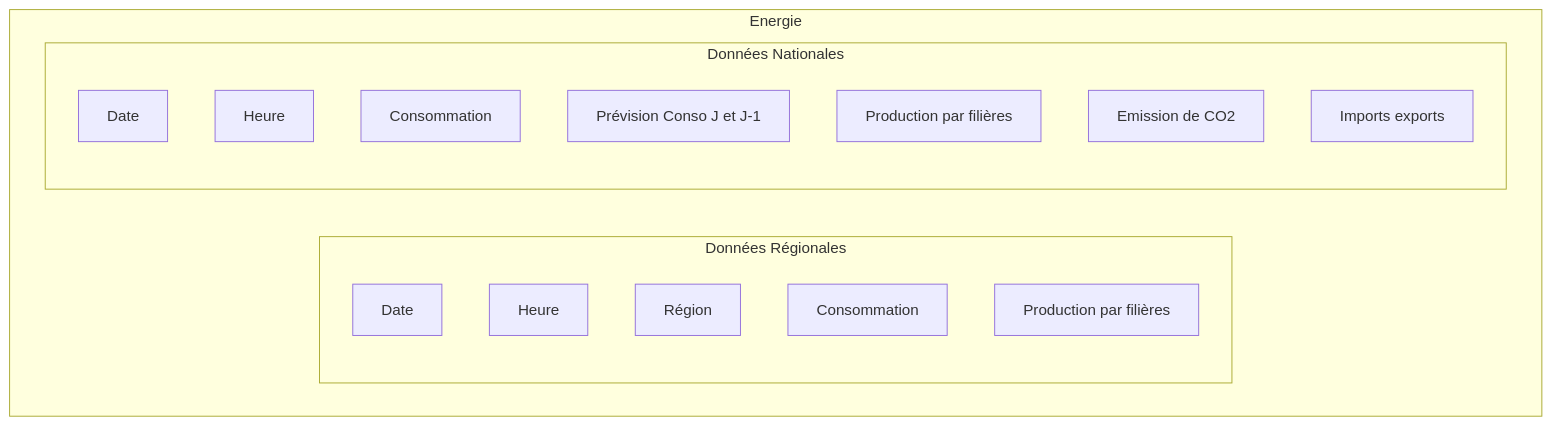
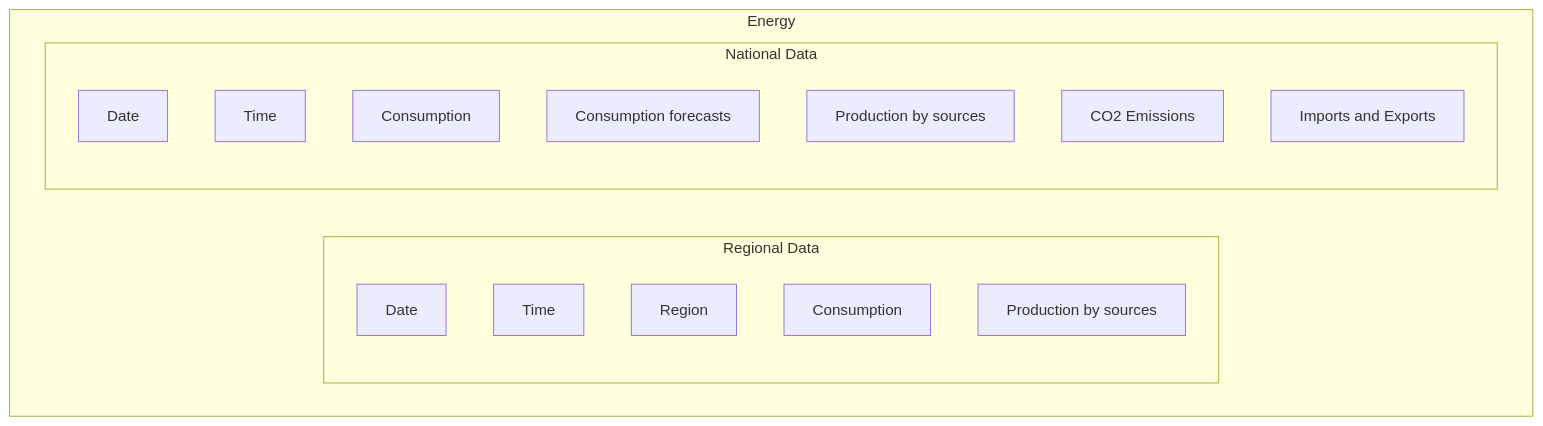
Before and after one commit to Hisqkq/Hisqkq.github.io: the first of 2 diagrams in _posts/2024-02-01-PVA.md, drawn with Mermaid. The commit also changed other lines of this file and 15 other files, not shown here.

````diff
--- a/_posts/2024-02-01-PVA.md
+++ b/_posts/2024-02-01-PVA.md
@@ -62,22 +62,23 @@
 ```mermaid
 graph TB
-    subgraph Energie
-        subgraph "Données Régionales"
+    subgraph Energy
+        subgraph "Regional Data"
             A1[Date]
-            A2[Heure]
-            A3[Région]
-            A4[Consommation]
-            A5[Production par filières]
+            A2[Time]
+            A3[Region]
+            A4[Consumption]
+            A5[Production by sources]
         end
         
-        subgraph "Données Nationales"
+        subgraph "National Data"
             B1[Date]
-            B2[Heure]
-            B3[Consommation]
-            B4[Prévision Conso J et J-1]
-            B5[Production par filières]
-            B6[Emission de CO2]
-            B7[Imports exports]
+            B2[Time]
+            B3[Consumption]
+            B4[Consumption forecasts]
+            B5[Production by sources]
+            B6[CO2 Emissions]
+            B7[Imports and Exports]
         end
     end
+
 ```
````
